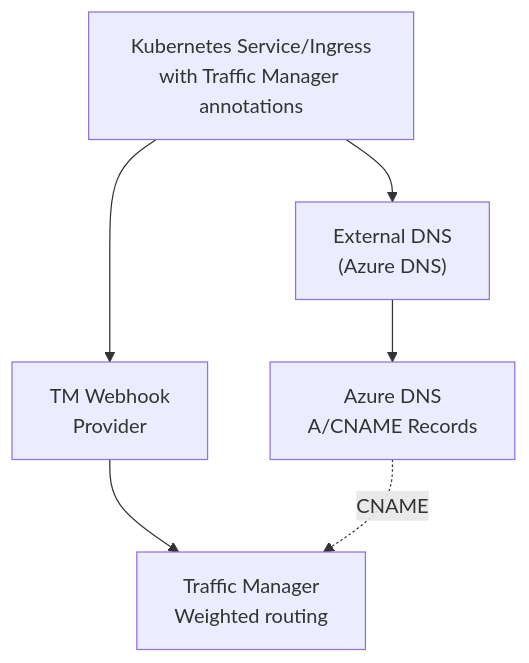
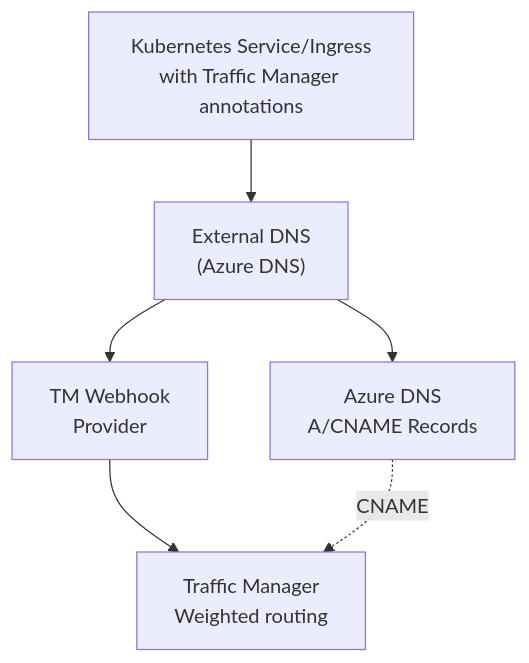
Before and after one commit to sam-cogan/external-dns-traffic-manager: the diagram in README.md, drawn with Mermaid.

Commit message:
Fix service connections in README.md

````diff
--- a/README.md
+++ b/README.md
@@ -20,14 +20,14 @@
 ```mermaid
 graph TB
     Service["Kubernetes Service/Ingress<br/>with Traffic Manager annotations"]
     ExternalDNS["External DNS<br/>(Azure DNS)"]
     Webhook["TM Webhook<br/>Provider"]
     AzureDNS["Azure DNS<br/>A/CNAME Records"]
     TrafficManager["Traffic Manager<br/>Weighted routing"]
     
     Service --> ExternalDNS
-    Service --> Webhook
+    ExternalDNS --> Webhook
     ExternalDNS --> AzureDNS
     Webhook --> TrafficManager
     AzureDNS -.CNAME.-> TrafficManager
 ```
````
